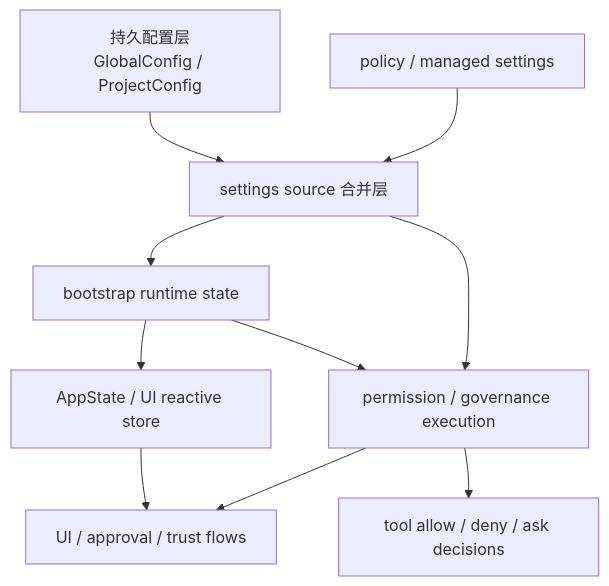
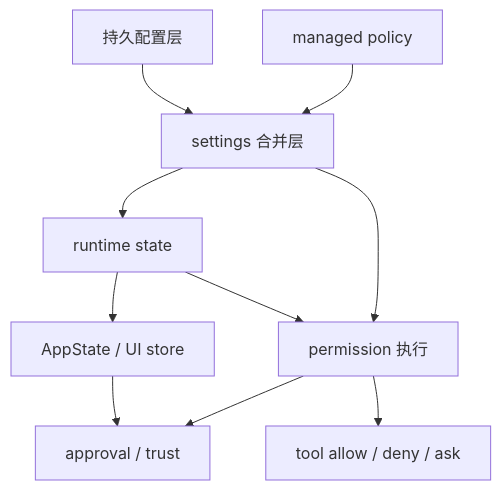
Before and after one commit to betaHi/betaHi.github.io: the diagram in claude-code-architecture/21-config-state-and-governance-boundaries.md, drawn with Mermaid. The commit also changed 12 other files, not shown here.

First line of the commit message:
Prevent mermaid clipping by shortening dense node labels

````diff
--- a/claude-code-architecture/21-config-state-and-governance-boundaries.md
+++ b/claude-code-architecture/21-config-state-and-governance-boundaries.md
@@ -40,12 +40,12 @@
 ```mermaid
 flowchart TD
-    CFG[持久配置层<br/>GlobalConfig / ProjectConfig] --> SET[settings source 合并层]
-    POL[policy / managed settings] --> SET
-    SET --> BST[bootstrap runtime state]
-    SET --> PERM[permission / governance execution]
-    BST --> APP[AppState / UI reactive store]
+    CFG[持久配置层] --> SET[settings 合并层]
+    POL[managed policy] --> SET
+    SET --> BST[runtime state]
+    SET --> PERM[permission 执行]
+    BST --> APP[AppState / UI store]
     BST --> PERM
-    APP --> UI[UI / approval / trust flows]
+    APP --> UI[approval / trust]
     PERM --> UI
-    PERM --> TOOL[tool allow / deny / ask decisions]
+    PERM --> TOOL[tool allow / deny / ask]
 ```
````
